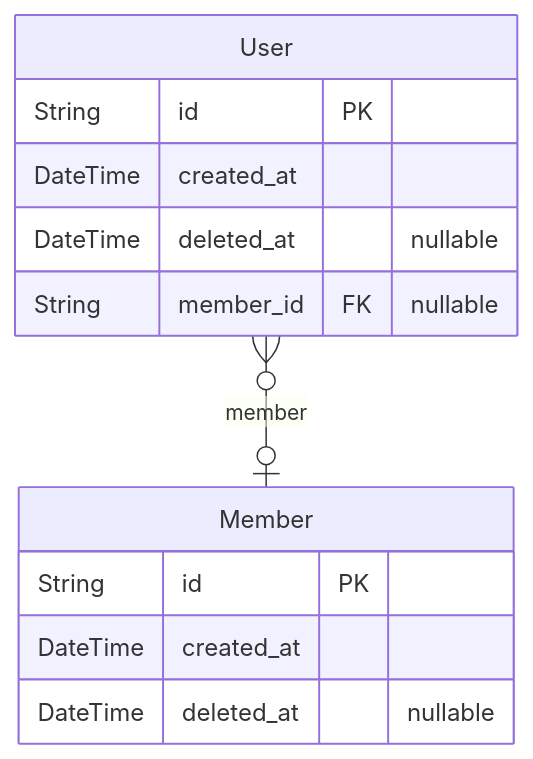
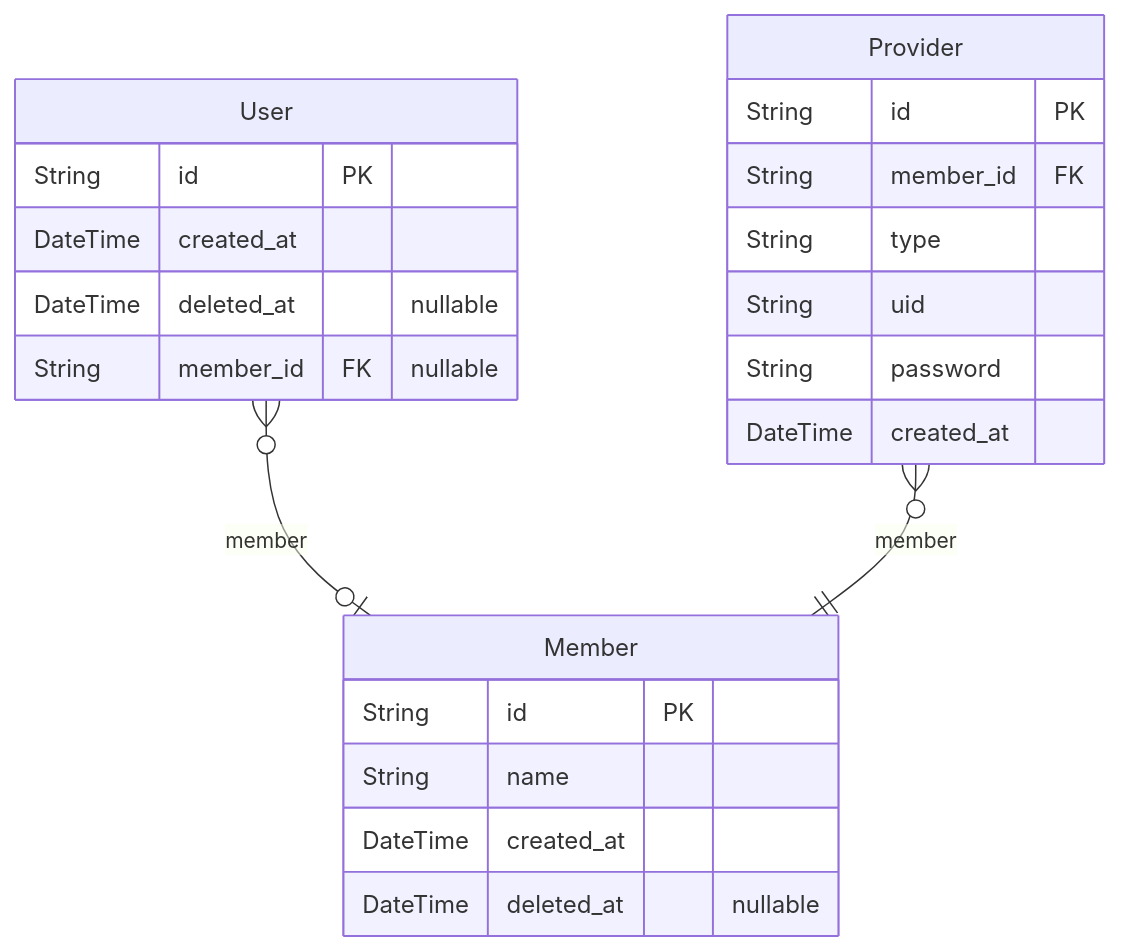
The first of 2 diagrams in prisma/ERD.md (Resupath/backend), drawn with Mermaid before and after one commit. The commit also changed other lines of this file and 1 other file, not shown here.

Commit message:
feat: Provider, Character  스키마 정의 추가

````diff
--- a/prisma/ERD.md
+++ b/prisma/ERD.md
@@ -7,15 +8,25 @@
 ```mermaid
 erDiagram
 "User" {
   String id PK
   DateTime created_at
   DateTime deleted_at "nullable"
   String member_id FK "nullable"
 }
 "Member" {
   String id PK
+  String name
   DateTime created_at
   DateTime deleted_at "nullable"
 }
+"Provider" {
+  String id PK
+  String member_id FK
+  String type
+  String uid
+  String password
+  DateTime created_at
+}
 "User" }o--o| "Member" : member
+"Provider" }o--|| "Member" : member
 ```
````
